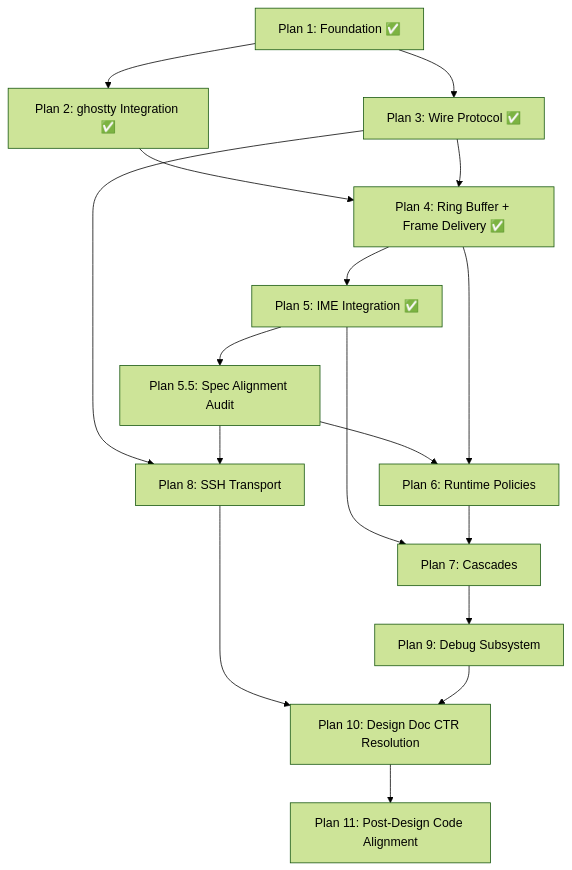
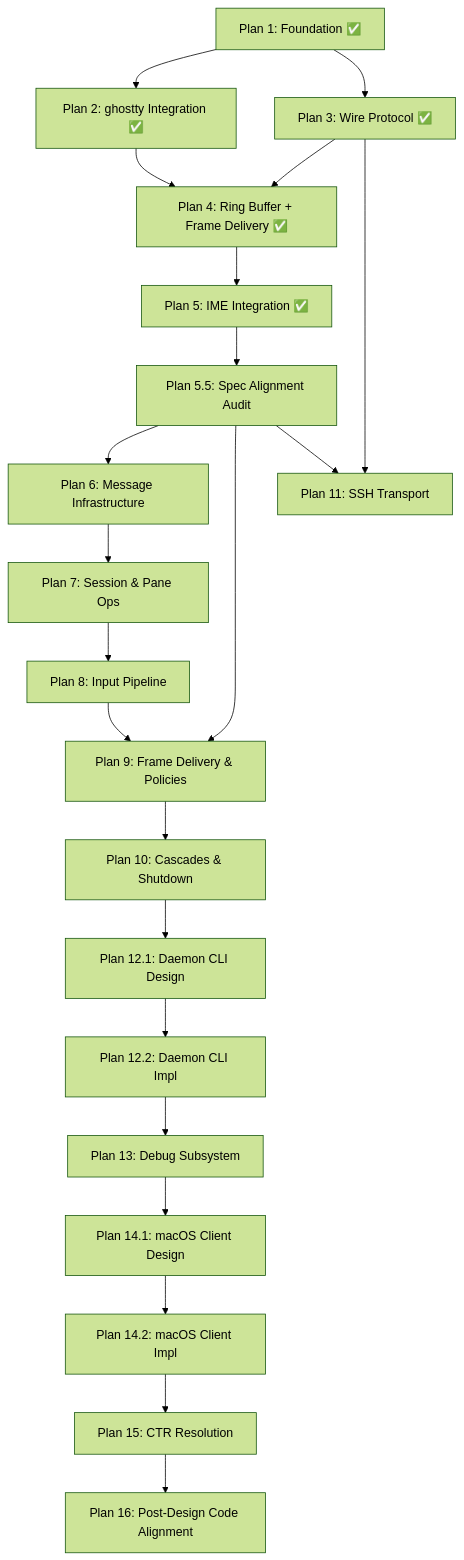
The diagram in docs/superpowers/plans/ROADMAP.md (powdream-org/it-shell3), drawn with Mermaid (forest theme) before and after one commit. The commit also changed other lines of this file and 9 other files, not shown here.

````diff
--- a/docs/superpowers/plans/ROADMAP.md
+++ b/docs/superpowers/plans/ROADMAP.md
@@ -55,19 +63,24 @@
 ```mermaid
 graph TD
     P1["Plan 1: Foundation ✅"] --> P2["Plan 2: ghostty Integration ✅"]
     P1 --> P3["Plan 3: Wire Protocol ✅"]
     P2 --> P4["Plan 4: Ring Buffer + Frame Delivery ✅"]
     P3 --> P4
     P4 --> P5["Plan 5: IME Integration ✅"]
     P5 --> P5_5["Plan 5.5: Spec Alignment Audit"]
-    P5_5 --> P6["Plan 6: Runtime Policies"]
-    P4 --> P6
-    P5 --> P7["Plan 7: Cascades"]
-    P6 --> P7
-    P7 --> P9["Plan 9: Debug Subsystem"]
-    P3 --> P8["Plan 8: SSH Transport"]
-    P5_5 --> P8
-    P8 --> P10["Plan 10: Design Doc CTR Resolution"]
-    P9 --> P10
-    P10 --> P11["Plan 11: Post-Design Code Alignment"]
+    P5_5 --> P6["Plan 6: Message Infrastructure"]
+    P6 --> P7["Plan 7: Session & Pane Ops"]
+    P7 --> P8["Plan 8: Input Pipeline"]
+    P8 --> P9["Plan 9: Frame Delivery & Policies"]
+    P5_5 --> P9
+    P9 --> P10["Plan 10: Cascades & Shutdown"]
+    P5_5 --> P11["Plan 11: SSH Transport"]
+    P3 --> P11
+    P10 --> P12_1["Plan 12.1: Daemon CLI Design"]
+    P12_1 --> P12_2["Plan 12.2: Daemon CLI Impl"]
+    P12_2 --> P13["Plan 13: Debug Subsystem"]
+    P13 --> P14_1["Plan 14.1: macOS Client Design"]
+    P14_1 --> P14_2["Plan 14.2: macOS Client Impl"]
+    P14_2 --> P15["Plan 15: CTR Resolution"]
+    P15 --> P16["Plan 16: Post-Design Code Alignment"]
 ```
````
